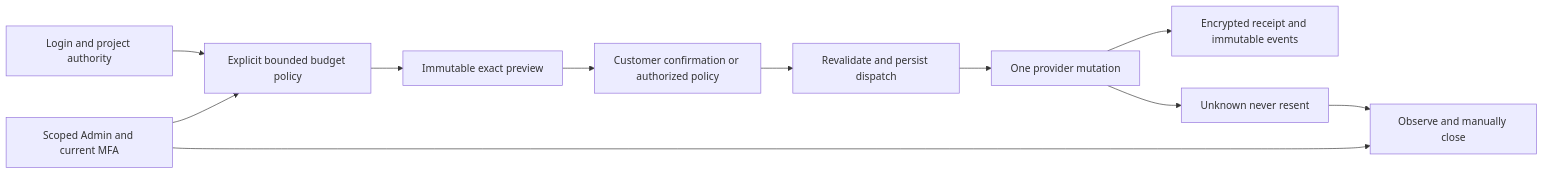
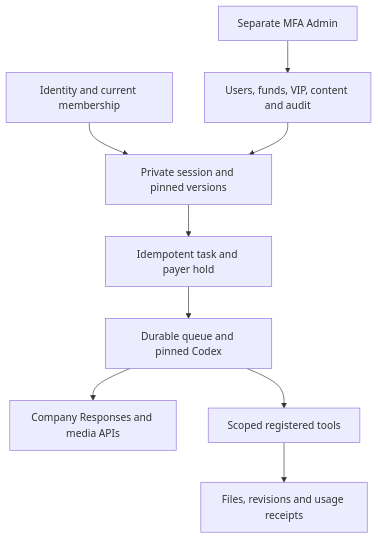
The diagram in README.en.md (copypasteltd/workmate), drawn with Mermaid before and after one commit. The commit also changed other lines of this file and 41 other files, not shown here.

````diff
--- a/README.en.md
+++ b/README.en.md
@@ -253,13 +32,11 @@
 ```mermaid
-flowchart LR
-  Login[Login and project authority] --> Policy[Explicit bounded budget policy]
-  Policy --> Preview[Immutable exact preview]
-  Preview --> Confirm[Customer confirmation or authorized policy]
-  Confirm --> Admission[Revalidate and persist dispatch]
-  Admission --> Once[One provider mutation]
-  Once --> Receipt[Encrypted receipt and immutable events]
-  Once --> Unknown[Unknown never resent]
-  Unknown --> Review[Observe and manually close]
-  Admin[Scoped Admin and current MFA] --> Policy
-  Admin --> Review
+flowchart TD
+  Identity[Identity and current membership] --> Scope[Private session and pinned versions]
+  Scope --> Hold[Idempotent task and payer hold]
+  Hold --> Worker[Durable queue and pinned Codex]
+  Worker --> Company[Company Responses and media APIs]
+  Worker --> Tools[Scoped registered tools]
+  Tools --> Result[Files, revisions and usage receipts]
+  Admin[Separate MFA Admin] --> Policy[Users, funds, VIP, content and audit]
+  Policy --> Scope
 ```
````
